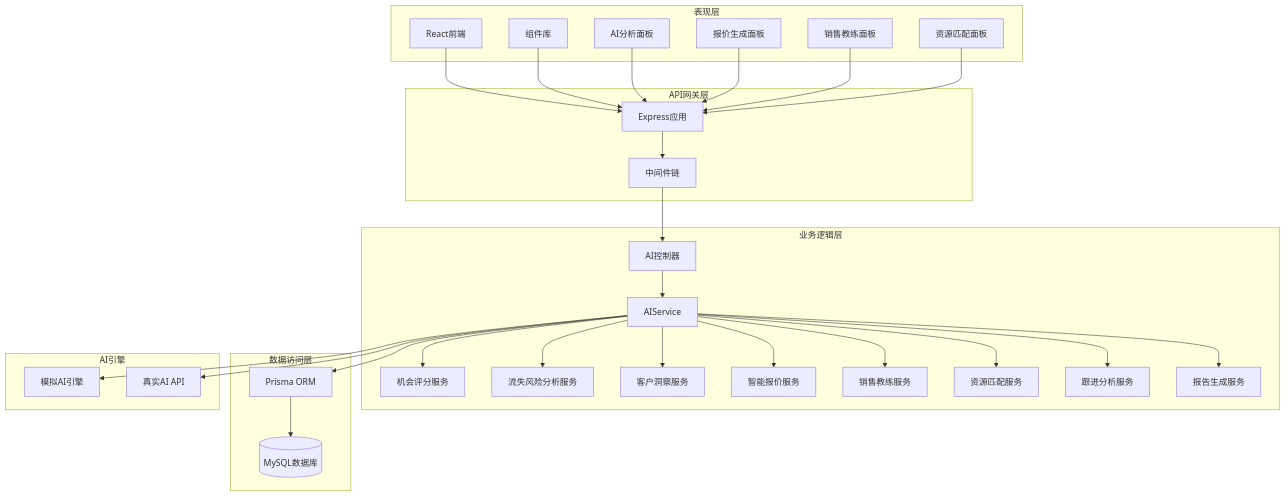
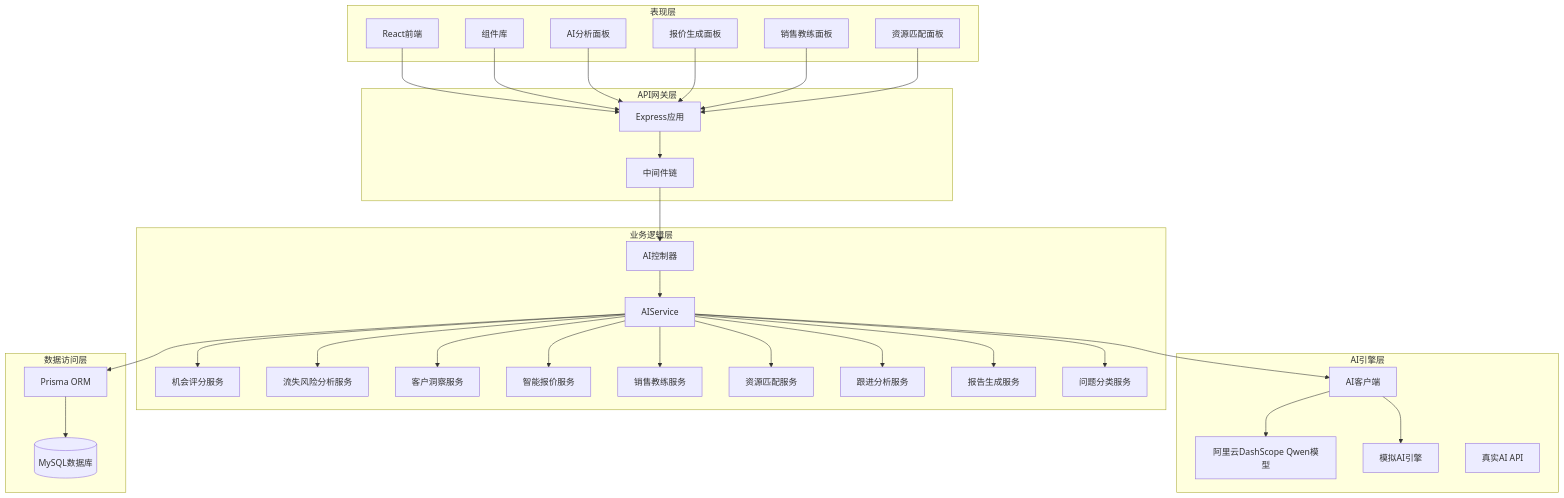
The second of 8 diagrams in .qoder/repowiki/zh/content/核心组件/AI助手.md (xianjianshenqu/SalesFlow-CRM), drawn with Mermaid before and after one commit. The commit also changed other lines of this file and 10 other files, not shown here.

````diff
--- a/.qoder/repowiki/zh/content/核心组件/AI助手.md
+++ b/.qoder/repowiki/zh/content/核心组件/AI助手.md
@@ -172,56 +197,61 @@
 ```mermaid
 graph TB
 subgraph "表现层"
 FE1[React前端]
 FE2[组件库]
 FE3[AI分析面板]
 FE4[报价生成面板]
 FE5[销售教练面板]
 FE6[资源匹配面板]
 end
 subgraph "API网关层"
 GW[Express应用]
 MW[中间件链]
 end
 subgraph "业务逻辑层"
 AC[AI控制器]
 AS[AIService]
 OS[机会评分服务]
 CA[流失风险分析服务]
 CI[客户洞察服务]
 PI[智能报价服务]
 SC[销售教练服务]
 RM[资源匹配服务]
 FA[跟进分析服务]
 RG[报告生成服务]
+QC[问题分类服务]
+end
+subgraph "AI引擎层"
+AI_CLIENT[AI客户端]
+DASHSCOPE[阿里云DashScope Qwen模型]
+MOCK[模拟AI引擎]
+REAL[真实AI API]
 end
 subgraph "数据访问层"
 PRISMA[Prisma ORM]
 DB[(MySQL数据库)]
-end
-subgraph "AI引擎"
-MOCK[模拟AI引擎]
-REAL[真实AI API]
 end
 FE1 --> GW
 FE2 --> GW
 FE3 --> GW
 FE4 --> GW
 FE5 --> GW
 FE6 --> GW
 GW --> MW
 MW --> AC
 AC --> AS
 AS --> OS
 AS --> CA
 AS --> CI
 AS --> PI
 AS --> SC
 AS --> RM
 AS --> FA
 AS --> RG
+AS --> QC
+AS --> AI_CLIENT
+AI_CLIENT --> DASHSCOPE
+AI_CLIENT --> MOCK
 AS --> PRISMA
 PRISMA --> DB
-AS --> MOCK
-AS --> REAL
 ```
````
